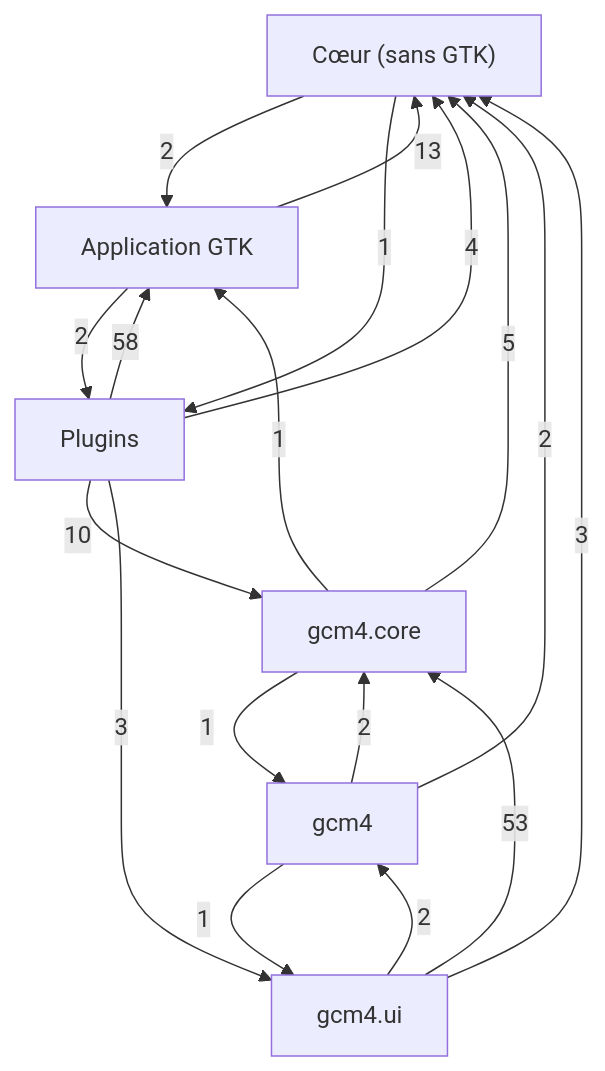
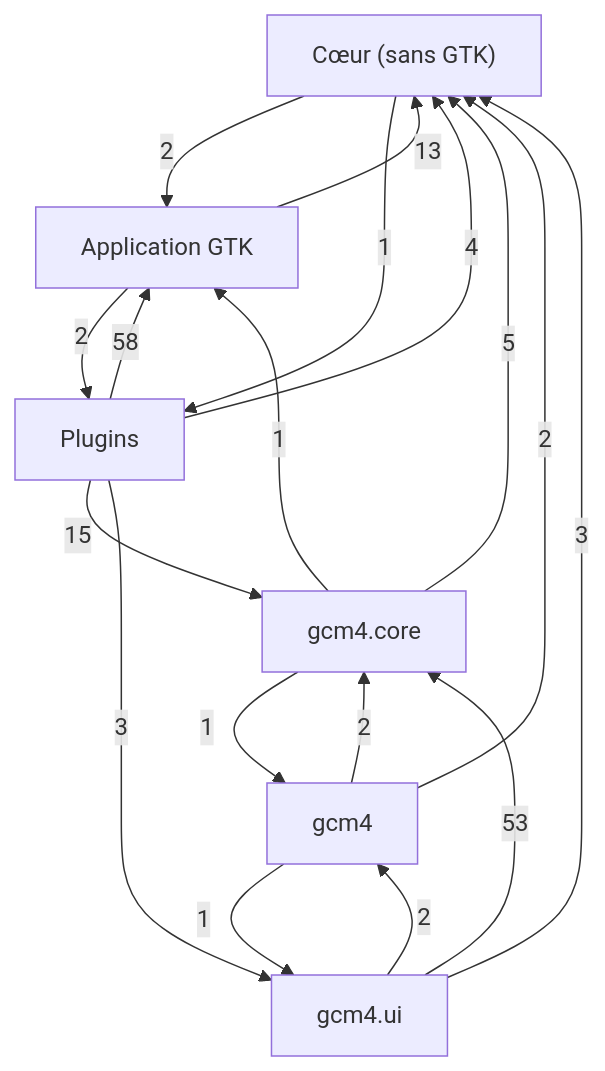
The first of 7 diagrams in docs/class-diagram.md (Mathide-Team/Gcm4), drawn with Mermaid before and after one commit. The commit also changed other lines of this file and 32 other files, not shown here.

````diff
--- a/docs/class-diagram.md
+++ b/docs/class-diagram.md
@@ -21,26 +21,26 @@
 ```mermaid
 flowchart TD
     g0["Cœur (sans GTK)"]
     g1["Application GTK"]
     g2["Plugins"]
     g3["gcm4"]
     g4["gcm4.core"]
     g5["gcm4.ui"]
     g1 -->|13| g0
     g1 -->|2| g2
     g0 -->|2| g1
     g0 -->|1| g2
     g2 -->|58| g1
     g2 -->|4| g0
-    g2 -->|10| g4
+    g2 -->|15| g4
     g2 -->|3| g5
     g3 -->|2| g0
     g3 -->|2| g4
     g3 -->|1| g5
     g4 -->|1| g1
     g4 -->|5| g0
     g4 -->|1| g3
     g5 -->|3| g0
     g5 -->|2| g3
     g5 -->|53| g4
 ```
````
